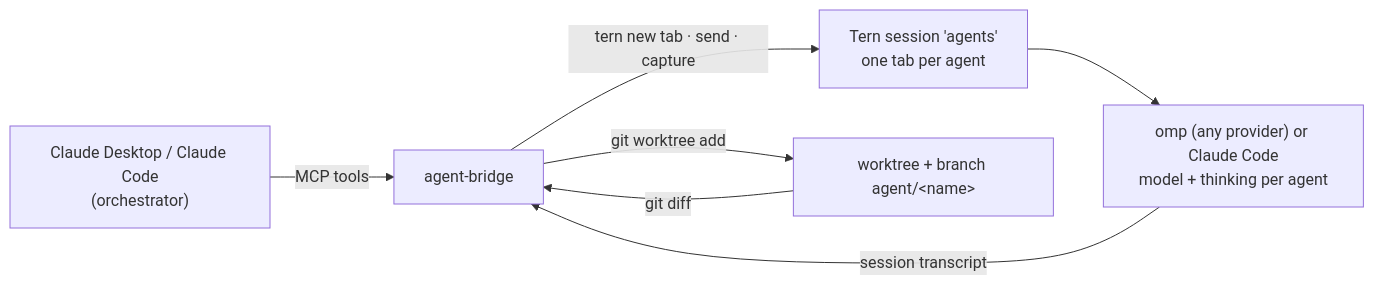
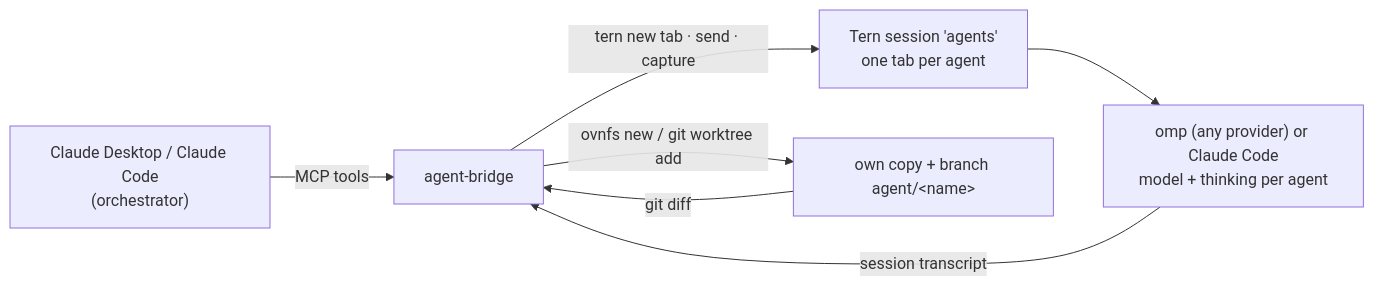
The diagram in README.md (merlinh0/agent-bridge), drawn with Mermaid before and after one commit. The commit also changed other lines of this file and 9 other files, not shown here.

````diff
--- a/README.md
+++ b/README.md
@@ -14,9 +14,9 @@
 ```mermaid
 flowchart LR
   O["Claude Desktop / Claude Code<br/>(orchestrator)"] -- MCP tools --> B["agent-bridge"]
   B -- "tern new tab · send · capture" --> T["Tern session 'agents'<br/>one tab per agent"]
-  B -- "git worktree add" --> W["worktree + branch agent/&lt;name&gt;"]
+  B -- "ovnfs new / git worktree add" --> W["own copy + branch agent/&lt;name&gt;"]
   T --> A["omp (any provider) or Claude Code<br/>model + thinking per agent"]
   A -- "session transcript" --> B
   W -- "git diff" --> B
 ```
````
